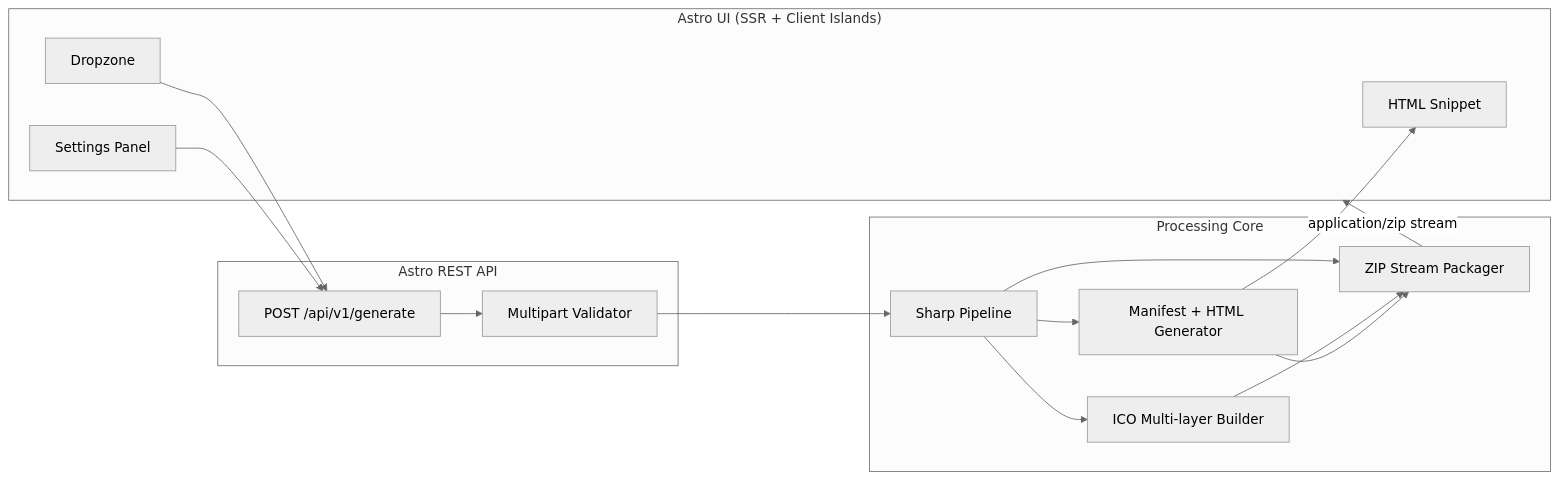
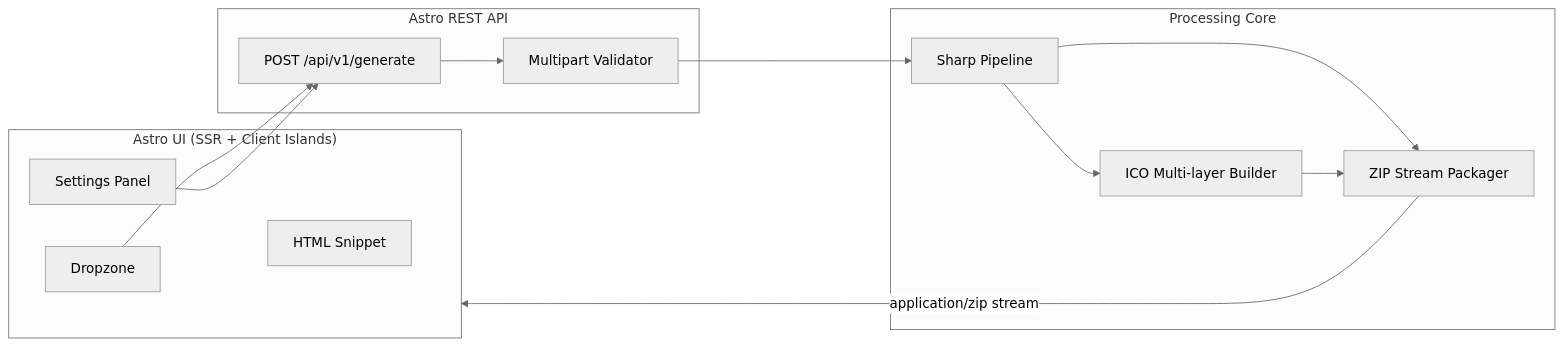
The diagram in SPEC.md (MaxiGarcia13/iconify), drawn with Mermaid (neutral theme) before and after one commit. The commit also changed other lines of this file and 23 other files, not shown here.

````diff
--- a/SPEC.md
+++ b/SPEC.md
@@ -38,31 +38,28 @@
 ```mermaid
 flowchart LR
   subgraph Client["Astro UI (SSR + Client Islands)"]
     DZ[Dropzone]
     SET[Settings Panel]
     SNIP[HTML Snippet]
   end
 
   subgraph API["Astro REST API"]
     EP["POST /api/v1/generate"]
     VAL[Multipart Validator]
   end
 
   subgraph Core["Processing Core"]
     SH[Sharp Pipeline]
     ICO[ICO Multi-layer Builder]
-    MAN[Manifest + HTML Generator]
     ZIP[ZIP Stream Packager]
   end
 
   DZ --> EP
   SET --> EP
   EP --> VAL --> SH
   SH --> ICO
-  SH --> MAN
   SH --> ZIP
   ICO --> ZIP
-  MAN --> ZIP
   ZIP -->|application/zip stream| Client
-  MAN --> SNIP
+  Client --> SNIP
 ```
````
